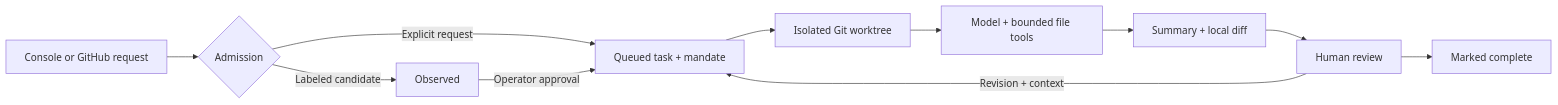
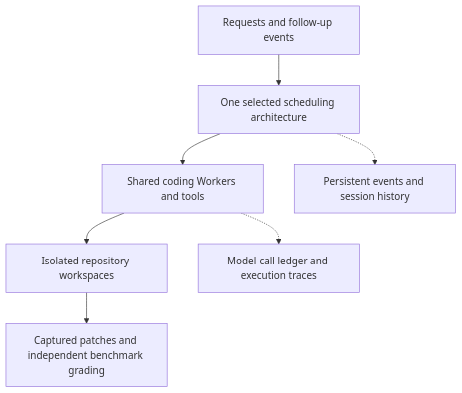
Before and after one commit to xinyuchen-pku/OpenSuperAgent: the diagram in README.md, drawn with Mermaid. The commit also changed other lines of this file and 4 other files, not shown here.

````diff
--- a/README.md
+++ b/README.md
@@ -60,13 +75,9 @@
 ```mermaid
-flowchart LR
-    A[Console or GitHub request] --> B{Admission}
-    B -->|Explicit request| Q[Queued task + mandate]
-    B -->|Labeled candidate| O[Observed]
-    O -->|Operator approval| Q
-    Q --> W[Isolated Git worktree]
-    W --> M[Model + bounded file tools]
-    M --> R[Summary + local diff]
-    R --> H[Human review]
-    H -->|Revision + context| Q
-    H --> D[Marked complete]
+flowchart TD
+    A[Requests and follow-up events] --> B[One selected scheduling architecture]
+    B --> C[Shared coding Workers and tools]
+    C --> D[Isolated repository workspaces]
+    D --> E[Captured patches and independent benchmark grading]
+    B -.-> F[Persistent events and session history]
+    C -.-> G[Model-call ledger and execution traces]
 ```
````
